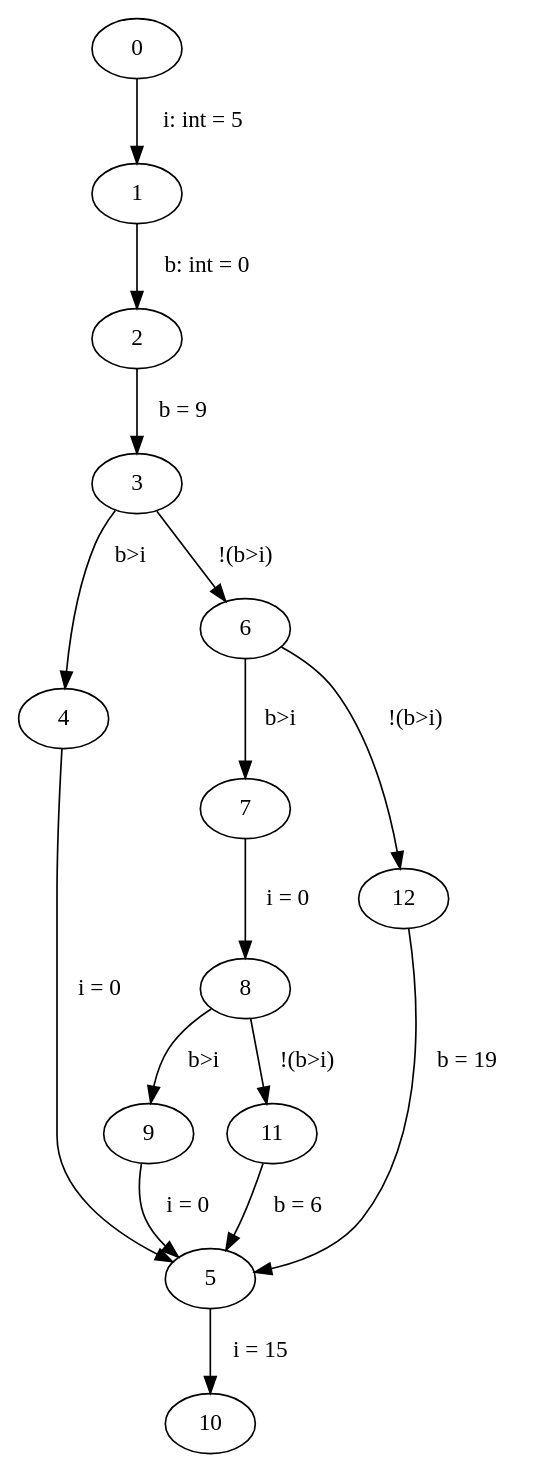
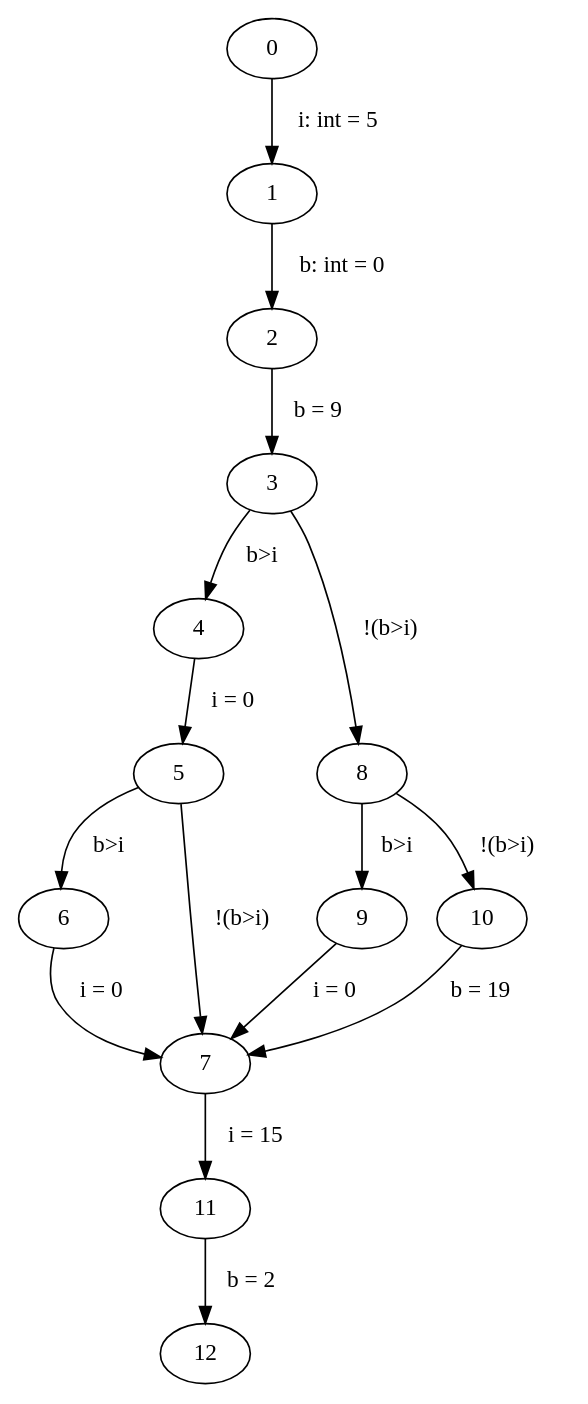
Before and after one commit to FloKes/ProgramAnalysis: the diagram in src/main/java/graphviz/input.dot, drawn with Graphviz. The commit also changed 10 other files, not shown here.

Commit message:
Fixed issue with gaps in graph node numbers

```diff
--- a/src/main/java/graphviz/input.dot
+++ b/src/main/java/graphviz/input.dot
@@ -1,17 +1,17 @@
 digraph ProgramGraph{
 "0" -> "1" [label="  i: int = 5   "] 
 "1" -> "2" [label="  b: int = 0   "] 
 "2" -> "3" [label="  b = 9   "] 
 "3" -> "4" [label="  b>i   "] 
-"3" -> "6" [label="  !(b>i)   "] 
+"3" -> "8" [label="  !(b>i)   "] 
 "4" -> "5" [label="  i = 0   "] 
-"5" -> "10" [label="  i = 15   "] 
-"6" -> "7" [label="  b>i   "] 
-"6" -> "12" [label="  !(b>i)   "] 
-"7" -> "8" [label="  i = 0   "] 
+"5" -> "6" [label="  b>i   "] 
+"5" -> "7" [label="  !(b>i)   "] 
+"6" -> "7" [label="  i = 0   "] 
+"7" -> "11" [label="  i = 15   "] 
 "8" -> "9" [label="  b>i   "] 
-"8" -> "11" [label="  !(b>i)   "] 
-"9" -> "5" [label="  i = 0   "] 
-"11" -> "5" [label="  b = 6   "] 
-"12" -> "5" [label="  b = 19   "] 
+"8" -> "10" [label="  !(b>i)   "] 
+"9" -> "7" [label="  i = 0   "] 
+"10" -> "7" [label="  b = 19   "] 
+"11" -> "12" [label="  b = 2   "] 
 }
```
